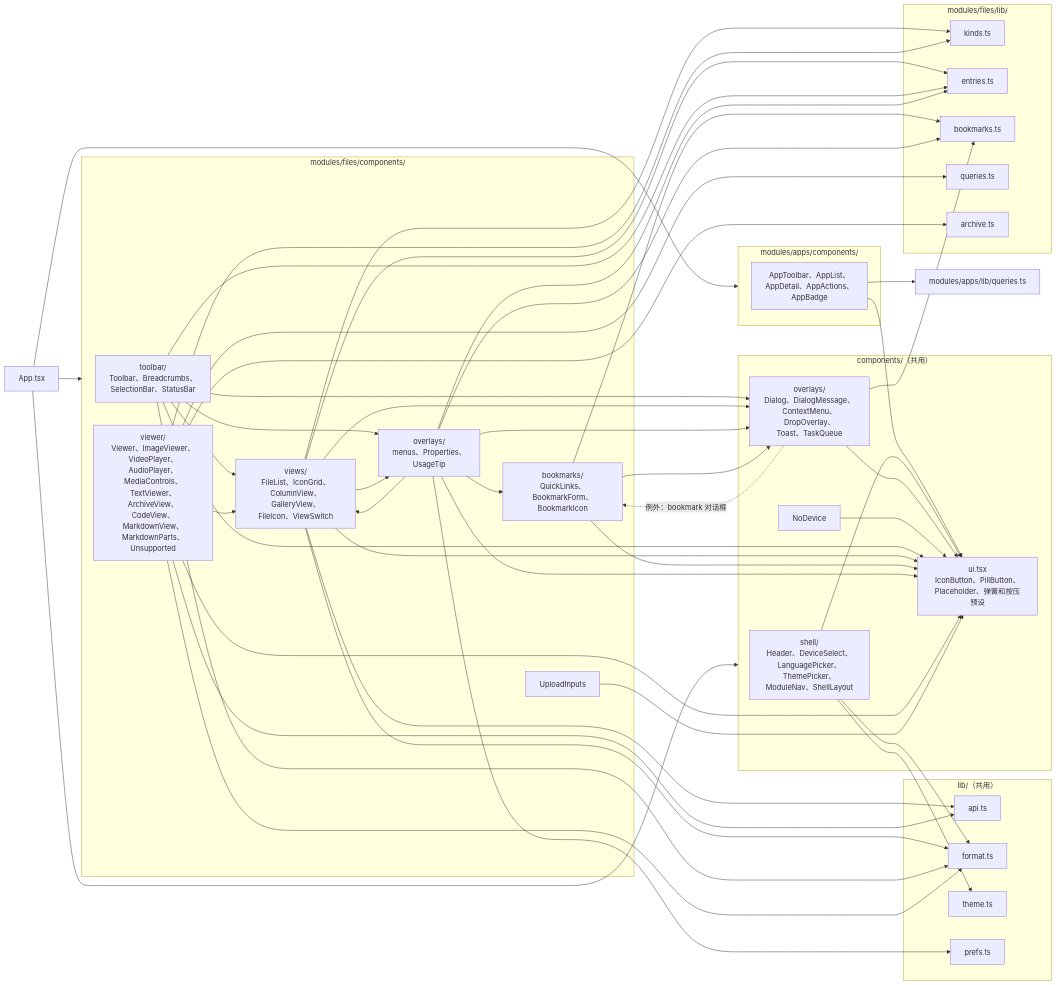
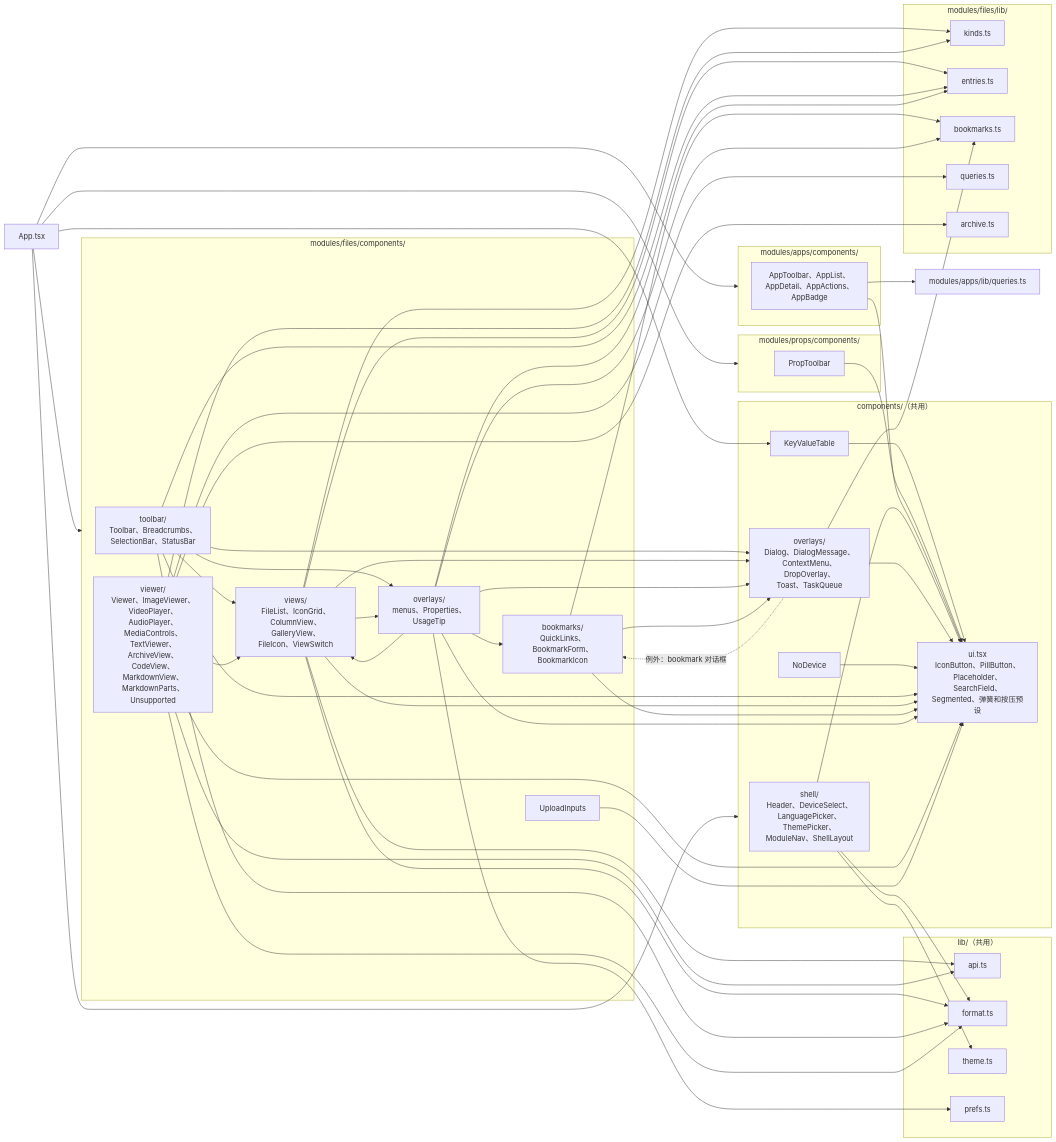
The seventh of 13 diagrams in docs/architecture.md (wynnyu/adb-file-manager), drawn with Mermaid before and after one commit. The commit also changed other lines of this file and 5 other files, not shown here.

````diff
--- a/docs/architecture.md
+++ b/docs/architecture.md
@@ -390,61 +423,69 @@
 ```mermaid
 flowchart LR
   App["App.tsx"]
   subgraph shellComps["components/（共用）"]
     shell["shell/<br/>Header、DeviceSelect、<br/>LanguagePicker、ThemePicker、<br/>ModuleNav、ShellLayout"]
     sharedOverlays["overlays/<br/>Dialog、DialogMessage、<br/>ContextMenu、DropOverlay、<br/>Toast、TaskQueue"]
     noDevice["NoDevice"]
-    ui["ui.tsx<br/>IconButton、PillButton、<br/>Placeholder、弹簧和按压预设"]
+    ui["ui.tsx<br/>IconButton、PillButton、<br/>Placeholder、SearchField、<br/>Segmented、弹簧和按压预设"]
+    kv["KeyValueTable"]
   end
   subgraph filesComps["modules/files/components/"]
     toolbar["toolbar/<br/>Toolbar、Breadcrumbs、<br/>SelectionBar、StatusBar"]
     views["views/<br/>FileList、IconGrid、<br/>ColumnView、GalleryView、<br/>FileIcon、ViewSwitch"]
     bm["bookmarks/<br/>QuickLinks、BookmarkForm、<br/>BookmarkIcon"]
     overlays["overlays/<br/>menus、Properties、<br/>UsageTip"]
     viewer["viewer/<br/>Viewer、ImageViewer、<br/>VideoPlayer、AudioPlayer、<br/>MediaControls、TextViewer、<br/>ArchiveView、CodeView、<br/>MarkdownView、MarkdownParts、<br/>Unsupported"]
     upload["UploadInputs"]
   end
   subgraph appsComps["modules/apps/components/"]
     appsUi["AppToolbar、AppList、<br/>AppDetail、AppActions、<br/>AppBadge"]
+  end
+  subgraph propsComps["modules/props/components/"]
+    propsUi["PropToolbar"]
   end
   subgraph lib["lib/（共用）"]
     api["api.ts"]
     format["format.ts"]
     theme["theme.ts"]
     prefs["prefs.ts"]
   end
   subgraph filesLib["modules/files/lib/"]
     kinds["kinds.ts"]
     entries["entries.ts"]
     bookmarksLib["bookmarks.ts"]
     queries["queries.ts"]
     archiveLib["archive.ts"]
   end
 
   App --> shellComps
   App --> filesComps
   App --> appsComps
+  App --> propsComps
+  App --> kv
+  kv --> ui
+  propsUi --> ui
   appsUi --> ui
   appsUi --> appsQ["modules/apps/lib/queries.ts"]
   shell & sharedOverlays & noDevice & toolbar & views & bm & overlays & viewer & upload --> ui
   toolbar --> views
   toolbar --> overlays
   toolbar --> sharedOverlays
   views --> overlays
   views --> sharedOverlays
   overlays --> bm
   overlays --> views
   overlays --> sharedOverlays
   bm --> sharedOverlays
   sharedOverlays -. "例外：bookmark 对话框" .-> bm
   views --> api
   views --> format & kinds & entries
   toolbar --> format & entries
   shell --> format & theme
   bm --> bookmarksLib
   sharedOverlays --> bookmarksLib
   overlays --> bookmarksLib & entries & prefs
   viewer --> views
   viewer --> api & queries & format & kinds
   viewer --> archiveLib
 ```
````
